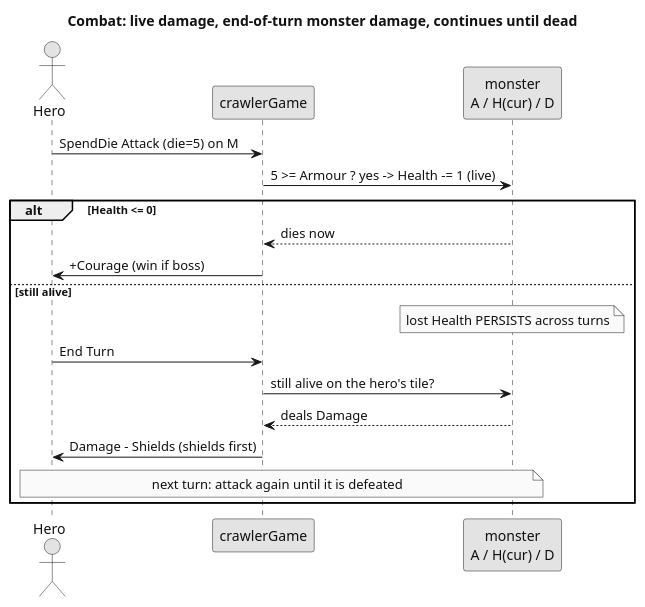
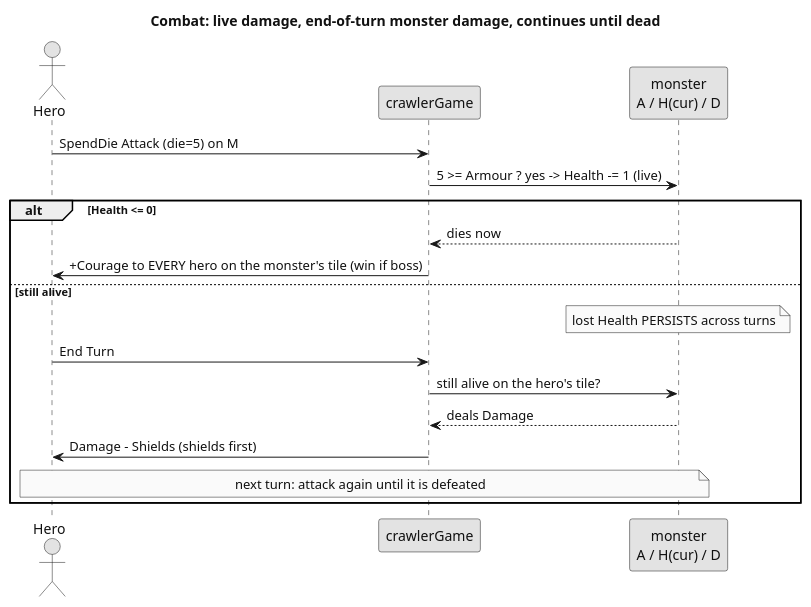
One commit to Niklasvdm/TotemAppIT changed the fourth of 5 diagrams in docs/crawler-architecture.md. Above: the diagram before and after it, drawn with PlantUML. The commit also changed other lines of this file and 136 other files, not shown here.

````diff
--- a/docs/crawler-architecture.md
+++ b/docs/crawler-architecture.md
@@ -284,26 +310,26 @@
 ```plantuml
 @startuml crawler-combat
 title Combat: live damage, end-of-turn monster damage, continues until dead
 skinparam shadowing false
 skinparam backgroundColor #FFFFFF
 skinparam monochrome true
 skinparam defaultFontColor #111111
 actor Hero
 participant "crawlerGame" as G
 participant "monster\nA / H(cur) / D" as M
 
 Hero -> G : SpendDie Attack (die=5) on M
 G -> M : 5 >= Armour ? yes -> Health -= 1 (live)
 alt Health <= 0
   M --> G : dies now
-  G -> Hero : +Courage (win if boss)
+  G -> Hero : +Courage to EVERY hero on the monster's tile (win if boss)
 else still alive
   note over M : lost Health PERSISTS across turns
   Hero -> G : End Turn
   G -> M : still alive on the hero's tile?
   M --> G : deals Damage
   G -> Hero : Damage - Shields (shields first)
   note over Hero, M : next turn: attack again until it is defeated
 end
 @enduml
 ```
````
